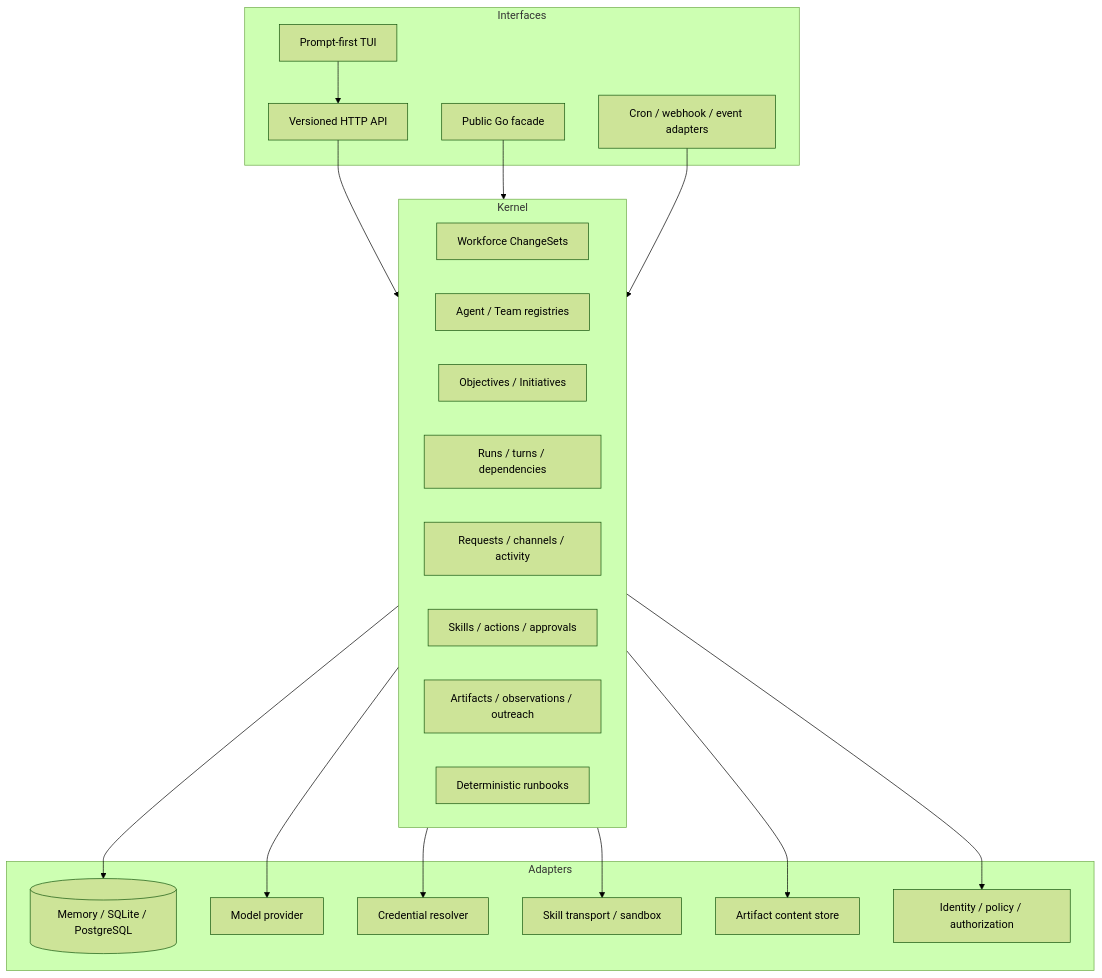
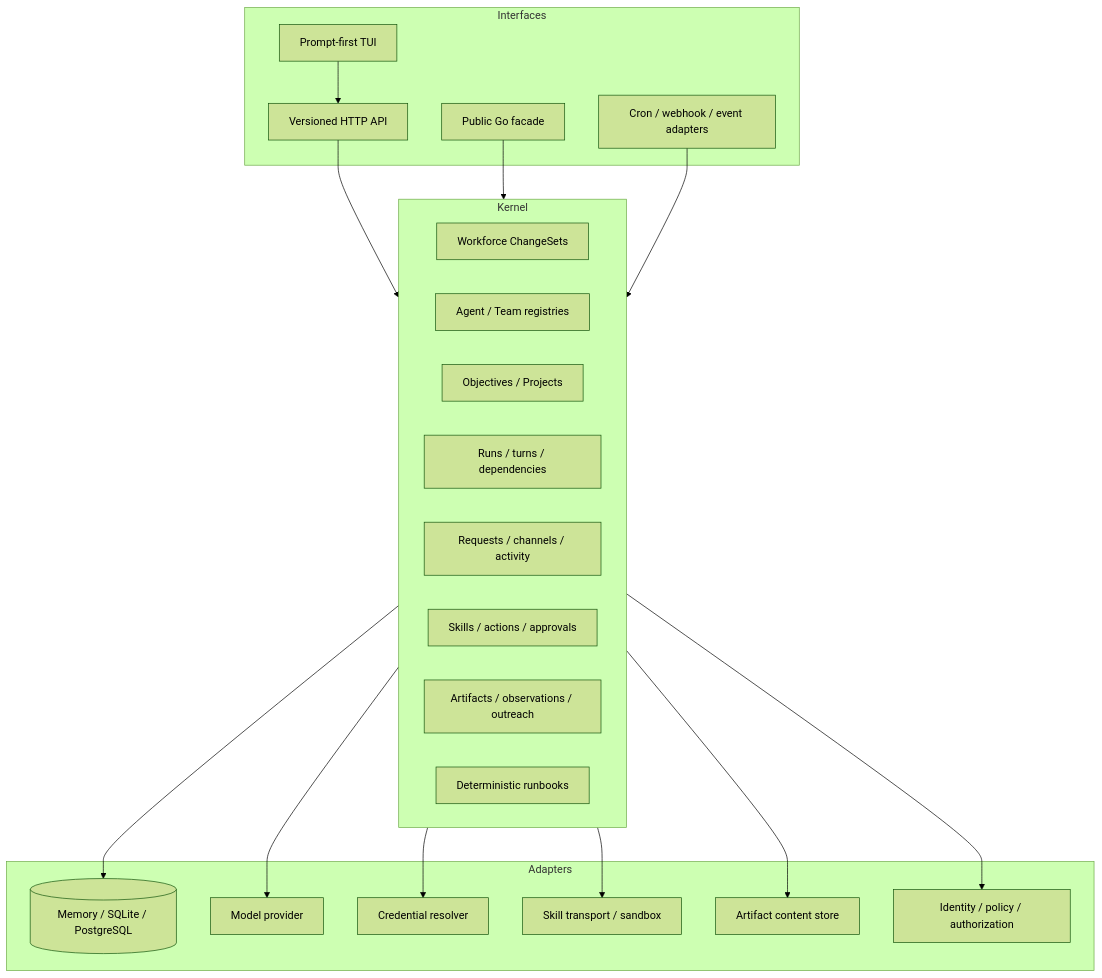
Before and after one commit to axiom-studio/openseal: the first of 4 diagrams in docs/architecture/autonomous-agent-runtime.md, drawn with Mermaid (forest theme). The commit also changed other lines of this file and 109 other files, not shown here.

Commit message:
refactor(runtime): replace initiatives with optional projects

````diff
--- a/docs/architecture/autonomous-agent-runtime.md
+++ b/docs/architecture/autonomous-agent-runtime.md
@@ -9,40 +9,40 @@
 ```mermaid
 flowchart TB
     subgraph Interfaces
         TUI[Prompt-first TUI]
         HTTP[Versioned HTTP API]
         Go[Public Go facade]
         Trigger[Cron / webhook / event adapters]
     end
 
     subgraph Kernel
         Authoring[Workforce ChangeSets]
         Registry[Agent / Team registries]
-        Portfolio[Objectives / Initiatives]
+        Portfolio[Objectives / Projects]
         Runs[Runs / turns / dependencies]
         Collaboration[Requests / channels / activity]
         Governance[Skills / actions / approvals]
         Evidence[Artifacts / observations / outreach]
         Runbooks[Deterministic runbooks]
     end
 
     subgraph Adapters
         Store[(Memory / SQLite / PostgreSQL)]
         Model[Model provider]
         Secrets[Credential resolver]
         Transport[Skill transport / sandbox]
         Content[Artifact content store]
         Policy[Identity / policy / authorization]
     end
 
     TUI --> HTTP
     HTTP --> Kernel
     Go --> Kernel
     Trigger --> Kernel
     Kernel --> Store
     Kernel --> Model
     Kernel --> Secrets
     Kernel --> Transport
     Kernel --> Content
     Kernel --> Policy
 ```
````
